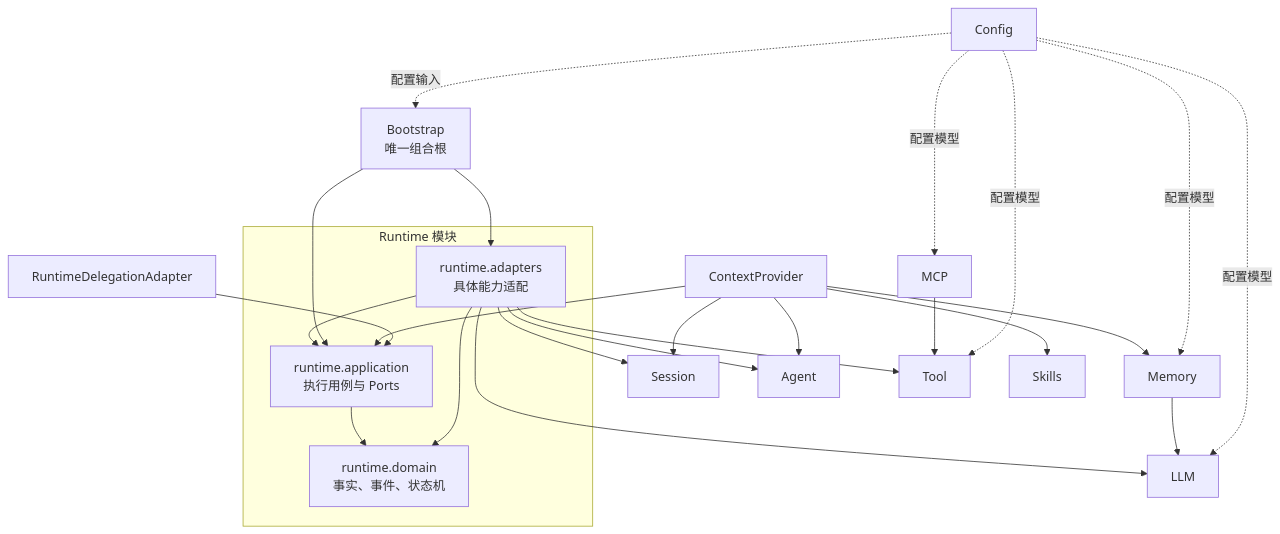
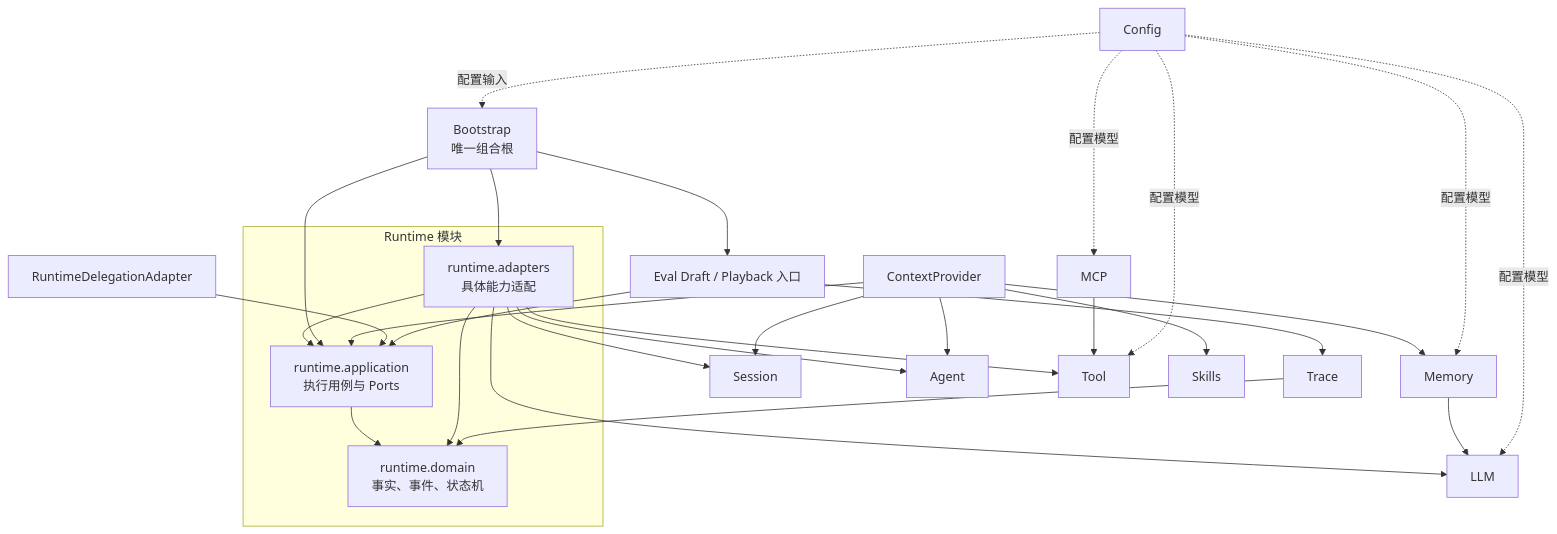
One commit to aandbcct/dotClaw changed the fifth of 5 diagrams in docs/wiki/readme.md. Above: the diagram before and after it, drawn with Mermaid. The commit also changed other lines of this file and 2 other files, not shown here.

Commit message:
wiki(eval): 更新了eval模块的wiki和readme

````diff
--- a/docs/wiki/readme.md
+++ b/docs/wiki/readme.md
@@ -281,37 +302,42 @@
 ```mermaid
 flowchart TB
     subgraph RuntimeModule["Runtime 模块"]
         Domain["runtime.domain<br/>事实、事件、状态机"]
         Application["runtime.application<br/>执行用例与 Ports"]
         Adapters["runtime.adapters<br/>具体能力适配"]
         Application --> Domain
         Adapters --> Application
         Adapters --> Domain
     end
 
     Bootstrap["Bootstrap<br/>唯一组合根"] --> Application
     Bootstrap --> Adapters
+    Bootstrap --> Eval["Eval Draft / Playback 入口"]
 
     Context["ContextProvider"] --> Application
     Orchestration["RuntimeDelegationAdapter"] --> Application
 
     Adapters --> Session["Session"]
     Adapters --> Agent["Agent"]
     Adapters --> LLM["LLM"]
     Adapters --> Tool["Tool"]
 
     Context --> Session
     Context --> Agent
     Context --> Memory["Memory"]
     Context --> Skills["Skills"]
 
     MCP["MCP"] --> Tool
     Memory --> LLM
 
+    Trace["Trace"] --> Domain
+    Eval --> Trace
+    Eval --> Application
+
     Config["Config"] -.配置输入.-> Bootstrap
     Config -.配置模型.-> LLM
     Config -.配置模型.-> Tool
     Config -.配置模型.-> MCP
     Config -.配置模型.-> Memory
 
 ```
````
